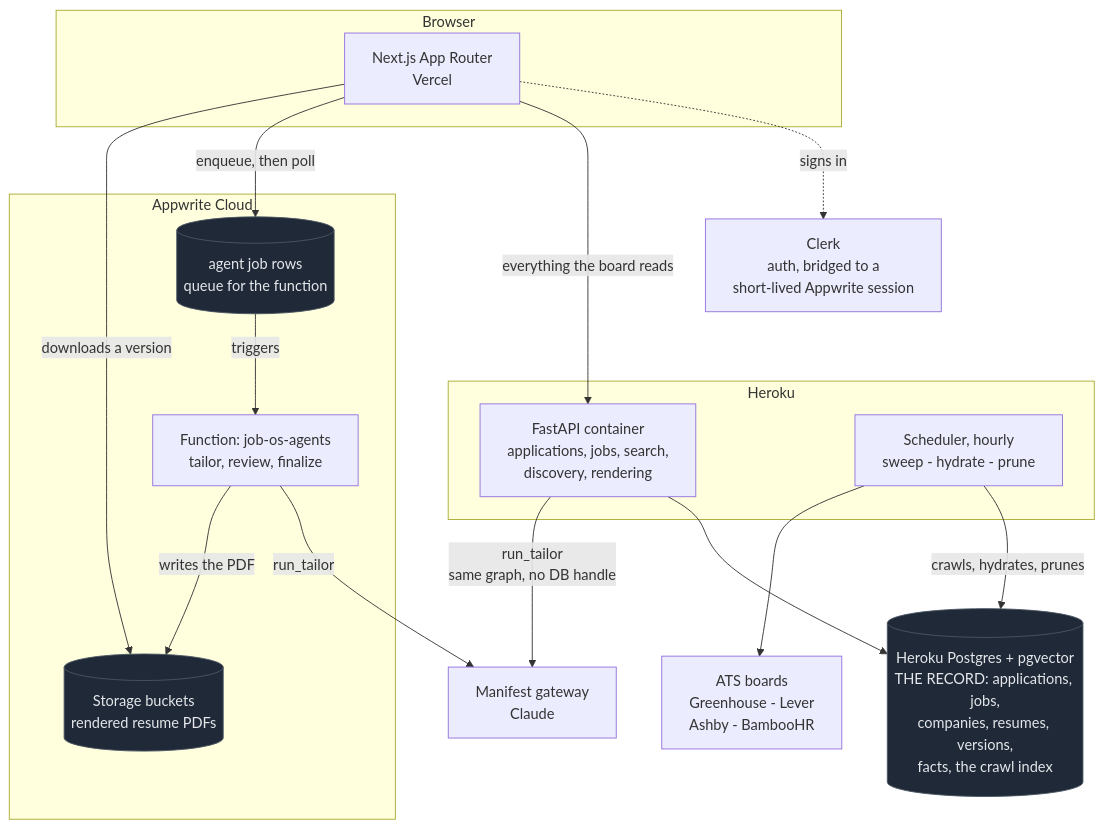
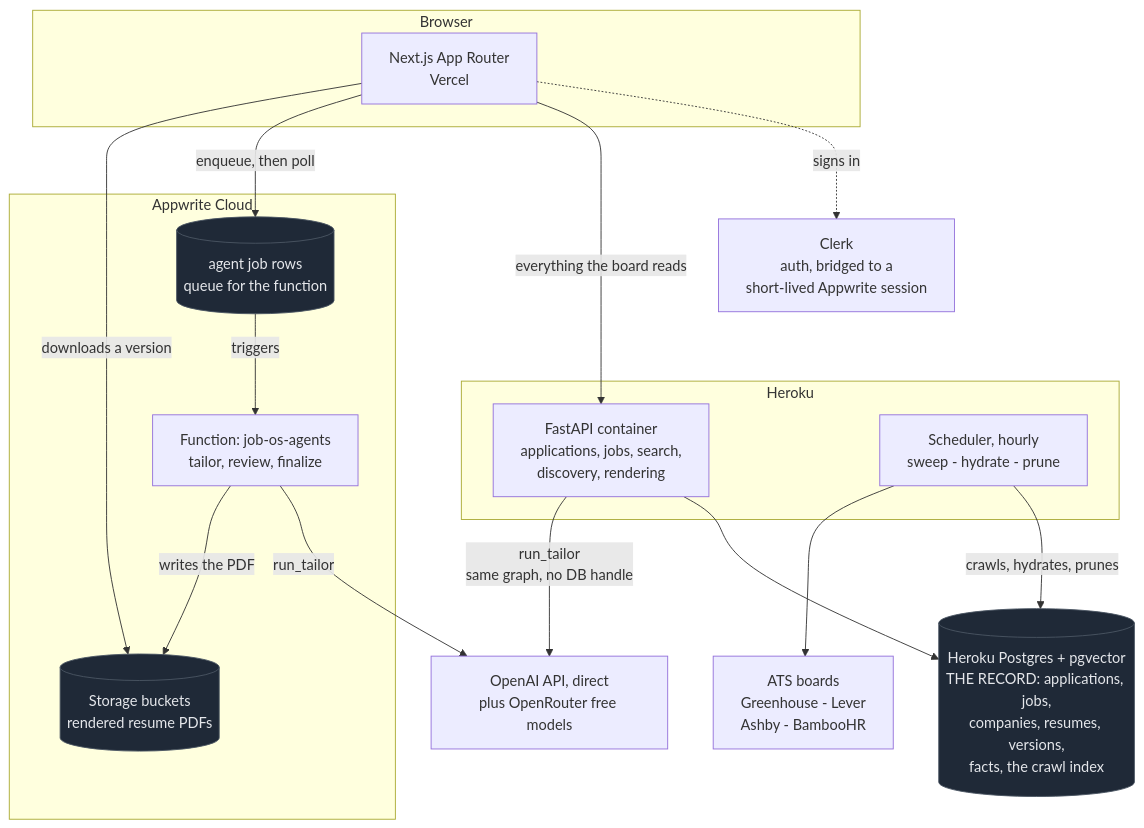
The diagram in README.md (hemnaath04/job-os), drawn with Mermaid before and after one commit. The commit also changed other lines of this file and 55 other files, not shown here.

````diff
--- a/README.md
+++ b/README.md
@@ -311,39 +311,39 @@
 ```mermaid
 flowchart TB
     subgraph browser["Browser"]
         UI["Next.js App Router<br/>Vercel"]
     end
 
     Clerk["Clerk<br/>auth, bridged to a<br/>short-lived Appwrite session"]
 
     subgraph heroku["Heroku"]
         API["FastAPI container<br/>applications, jobs, search,<br/>discovery, rendering"]
         SCHED["Scheduler, hourly<br/>sweep - hydrate - prune"]
     end
 
     PG[("Heroku Postgres + pgvector<br/>THE RECORD: applications, jobs,<br/>companies, resumes, versions,<br/>facts, the crawl index")]
 
     subgraph appwrite["Appwrite Cloud"]
         ST[("Storage buckets<br/>rendered resume PDFs")]
         FN["Function: job-os-agents<br/>tailor, review, finalize"]
         AJ[("agent job rows<br/>queue for the function")]
     end
 
-    LLM["Manifest gateway<br/>Claude"]
+    LLM["OpenAI API, direct<br/>plus OpenRouter free models"]
     ATS["ATS boards<br/>Greenhouse - Lever<br/>Ashby - BambooHR"]
 
     UI -.->|"signs in"| Clerk
     UI -->|"everything the board reads"| API
     API --> PG
     SCHED -->|"crawls, hydrates, prunes"| PG
     SCHED --> ATS
     UI -->|"enqueue, then poll"| AJ
     AJ -->|"triggers"| FN
     FN -->|"run_tailor"| LLM
     FN -->|"writes the PDF"| ST
     API -->|"run_tailor<br/>same graph, no DB handle"| LLM
     UI -->|"downloads a version"| ST
 
     classDef store fill:#1f2937,stroke:#4b5563,color:#e5e7eb
     class PG,ST,AJ store
 ```
````
